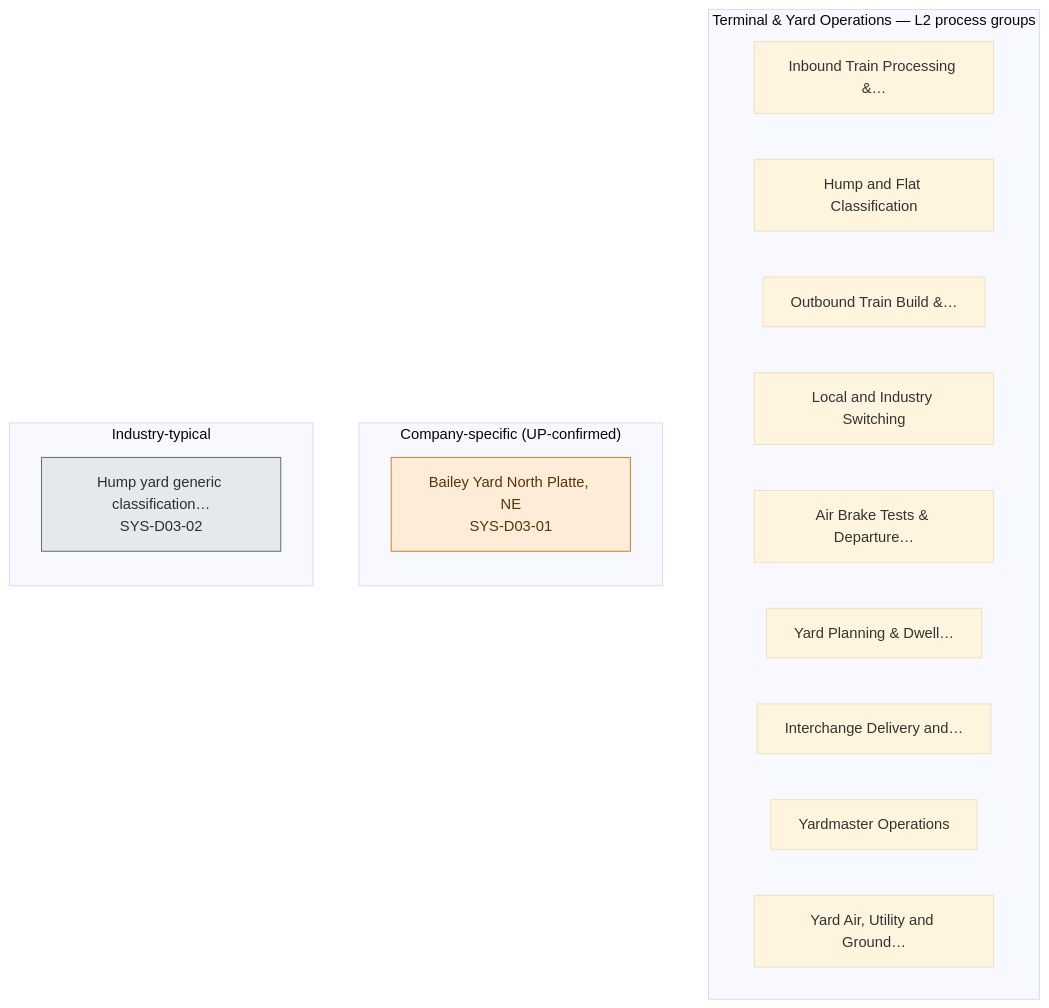
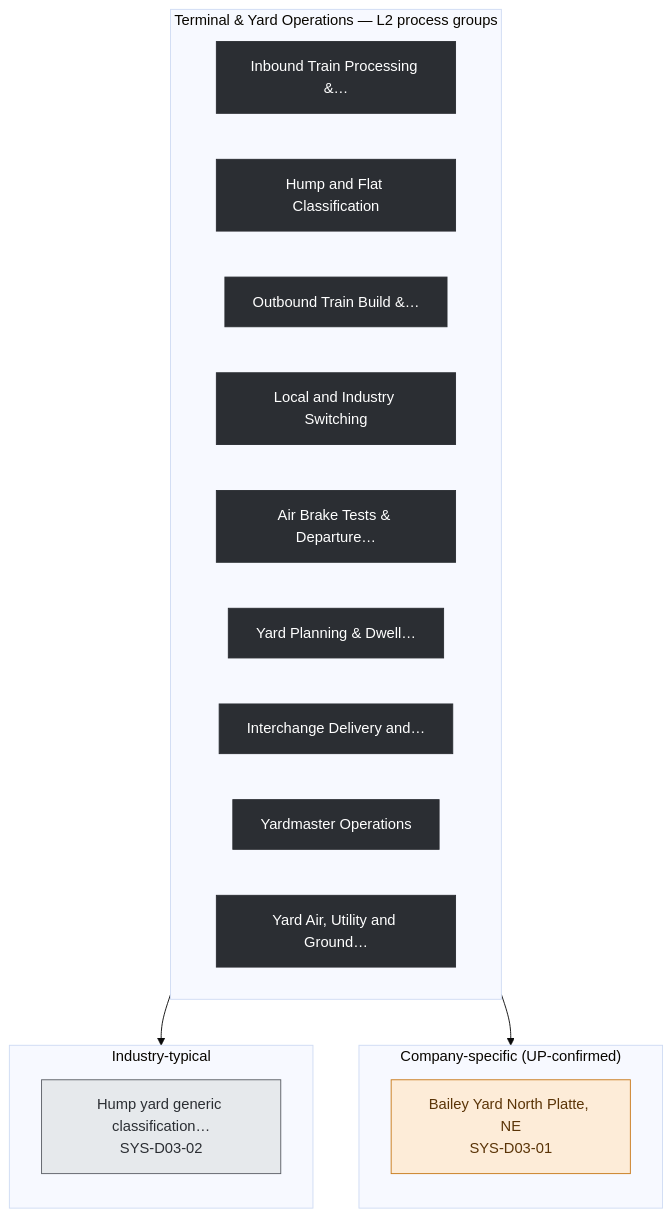
One commit to ghatk047/rail-wiki changed the diagram in ea-diagrams/rr-03-terminal-yard-operations.mmd. Above: the diagram before and after it, drawn with Mermaid. The commit also changed 474 other files, not shown here.

First line of the commit message:
Fix blurry lightbox zoom; add real usage connectors to EA diagrams

```diff
--- a/ea-diagrams/rr-03-terminal-yard-operations.mmd
+++ b/ea-diagrams/rr-03-terminal-yard-operations.mmd
@@ -1,29 +1,34 @@
 %%{init: {'flowchart': {'curve': 'basis'}, 'theme':'base'}}%%
 flowchart TB
 
   subgraph PROCS["Terminal & Yard Operations — L2 process groups"]
     direction LR
-    G1["Inbound Train Processing &…"]
-    G2["Hump and Flat Classification"]
-    G3["Outbound Train Build &…"]
-    G4["Local and Industry Switching"]
-    G5["Air Brake Tests & Departure…"]
-    G6["Yard Planning & Dwell…"]
-    G7["Interchange Delivery and…"]
-    G8["Yardmaster Operations"]
-    G9["Yard Air, Utility and Ground…"]
+    G1["Inbound Train Processing &…"]:::l2
+    G2["Hump and Flat Classification"]:::l2
+    G3["Outbound Train Build &…"]:::l2
+    G4["Local and Industry Switching"]:::l2
+    G5["Air Brake Tests & Departure…"]:::l2
+    G6["Yard Planning & Dwell…"]:::l2
+    G7["Interchange Delivery and…"]:::l2
+    G8["Yardmaster Operations"]:::l2
+    G9["Yard Air, Utility and Ground…"]:::l2
   end
 
   subgraph COMPANY["Company-specific (UP-confirmed)"]
     direction TB
     C1["Bailey Yard North Platte, NE\nSYS-D03-01"]:::company
   end
   subgraph INDUSTRY["Industry-typical"]
     direction TB
     I1["Hump yard generic classification…\nSYS-D03-02"]:::industry
   end
 
+  %% Usage -- from data/processes.json, real generated content only
+  G5 --> C1
+  G5 --> I1
+
+classDef l2 fill:#2b2e33,color:#fff,stroke:#2b2e33
 classDef company fill:#fdecd8,stroke:#c8791a,color:#5a3407
 classDef industry fill:#e6e9ec,stroke:#5c5f66,color:#2b2e33
 classDef other fill:#f2f2f0,stroke:#9a9da3,color:#3d4348
 classDef empty fill:#fff4e5,stroke:#c8791a,color:#5a3407,stroke-dasharray: 4 3
```
